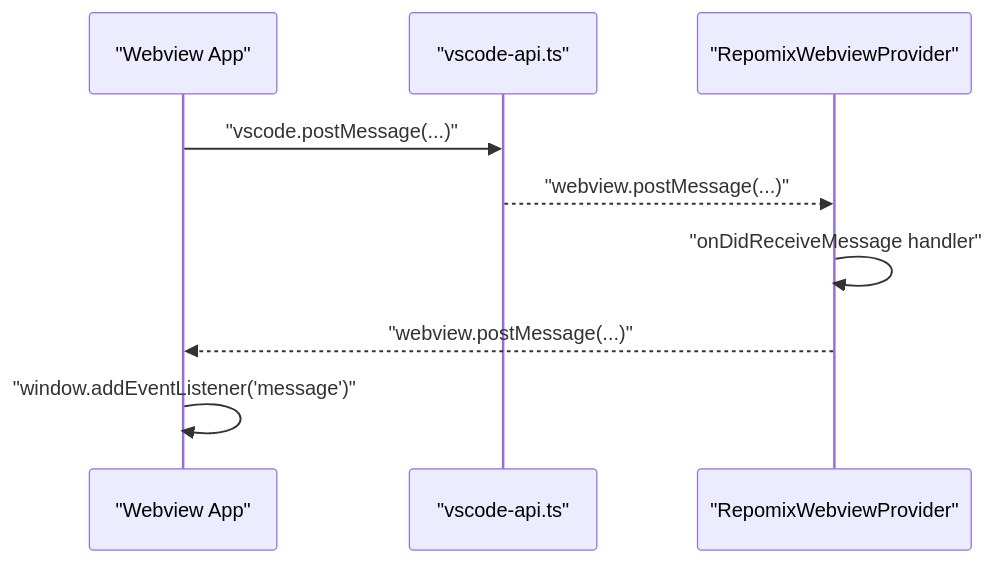
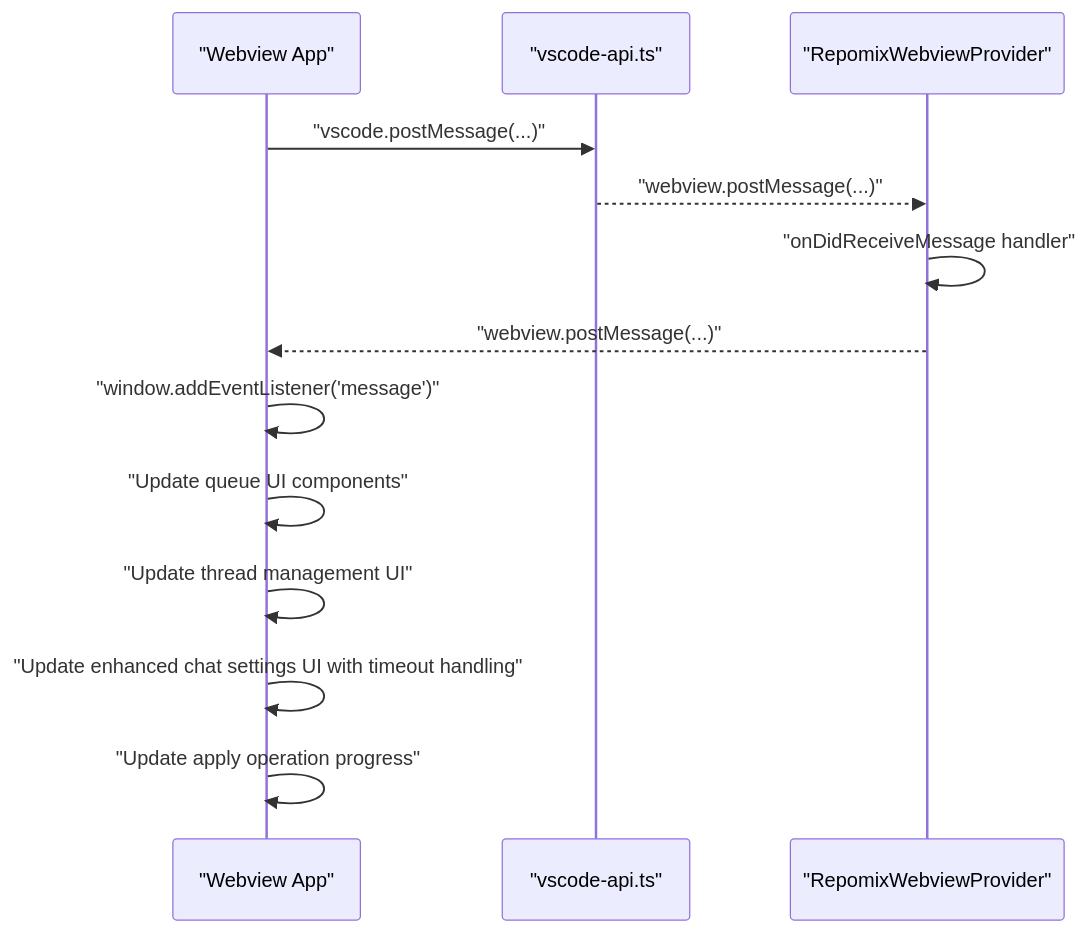
Before and after one commit to bramburn/repomix-runner: the fourth of 15 diagrams in .qoder/repowiki/en/content/Webview Interface/Message Handling System.md, drawn with Mermaid. The commit also changed other lines of this file and 27 other files, not shown here.

````diff
--- a/.qoder/repowiki/en/content/Webview Interface/Message Handling System.md
+++ b/.qoder/repowiki/en/content/Webview Interface/Message Handling System.md
@@ -162,11 +317,15 @@
 ```mermaid
 sequenceDiagram
 participant WV as "Webview App"
 participant API as "vscode-api.ts"
 participant EXT as "RepomixWebviewProvider"
 WV->>API : "vscode.postMessage(...)"
 API-->>EXT : "webview.postMessage(...)"
 EXT->>EXT : "onDidReceiveMessage handler"
 EXT-->>WV : "webview.postMessage(...)"
 WV->>WV : "window.addEventListener('message')"
+WV->>WV : "Update queue UI components"
+WV->>WV : "Update thread management UI"
+WV->>WV : "Update enhanced chat settings UI with timeout handling"
+WV->>WV : "Update apply operation progress"
 ```
````
